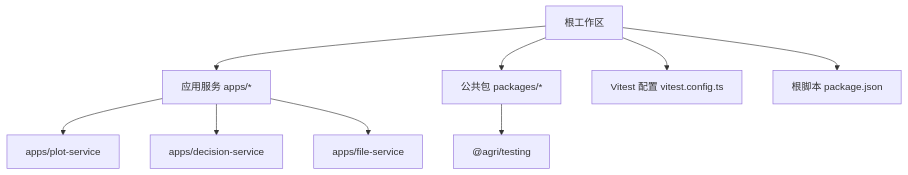
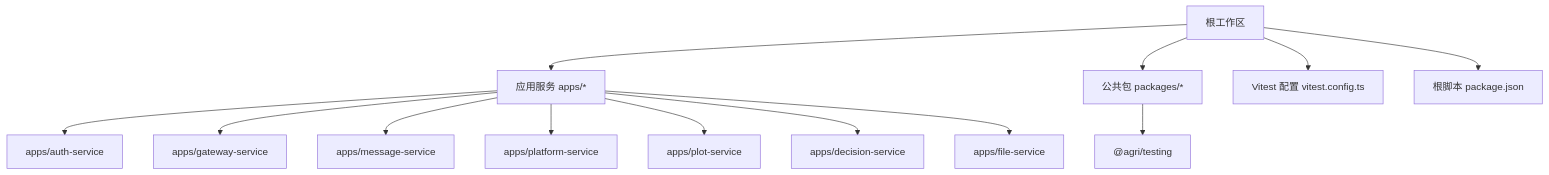
Before and after one commit to q446328246/agri-platform: the first of 16 diagrams in .qoder/repowiki/zh/content/测试策略/测试策略.md, drawn with Mermaid. The commit also changed other lines of this file and 84 other files, not shown here.

````diff
--- a/.qoder/repowiki/zh/content/测试策略/测试策略.md
+++ b/.qoder/repowiki/zh/content/测试策略/测试策略.md
@@ -40,11 +60,15 @@
 ```mermaid
 graph TB
 Root["根工作区"] --> Apps["应用服务 apps/*"]
 Root --> Packages["公共包 packages/*"]
 Root --> VCfg["Vitest 配置 vitest.config.ts"]
 Root --> PkgJson["根脚本 package.json"]
 Packages --> Testing["@agri/testing"]
+Apps --> AuthService["apps/auth-service"]
+Apps --> GatewayService["apps/gateway-service"]
+Apps --> MessageService["apps/message-service"]
+Apps --> PlatformService["apps/platform-service"]
 Apps --> PlotService["apps/plot-service"]
 Apps --> DecisionService["apps/decision-service"]
 Apps --> FileService["apps/file-service"]
 ```
````
